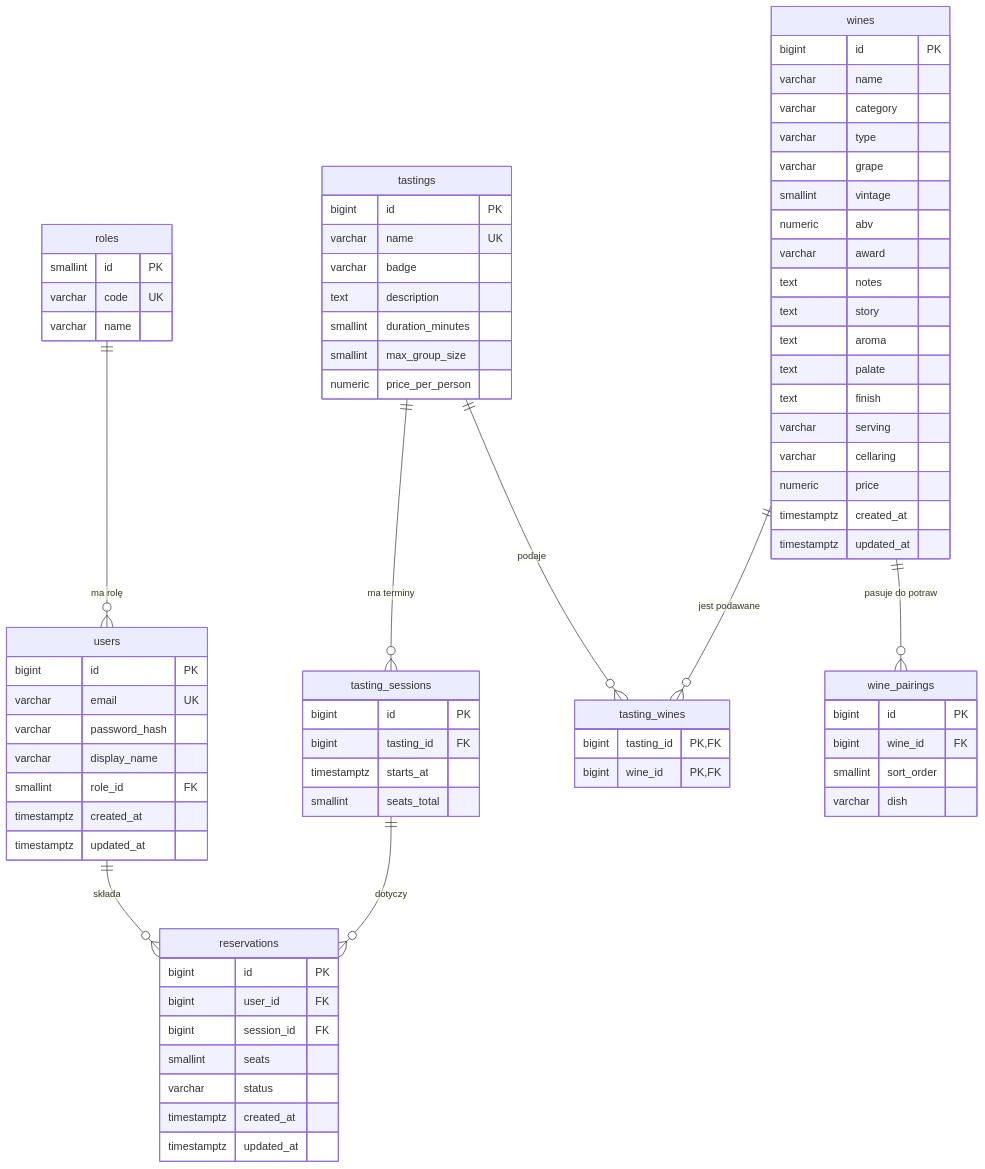
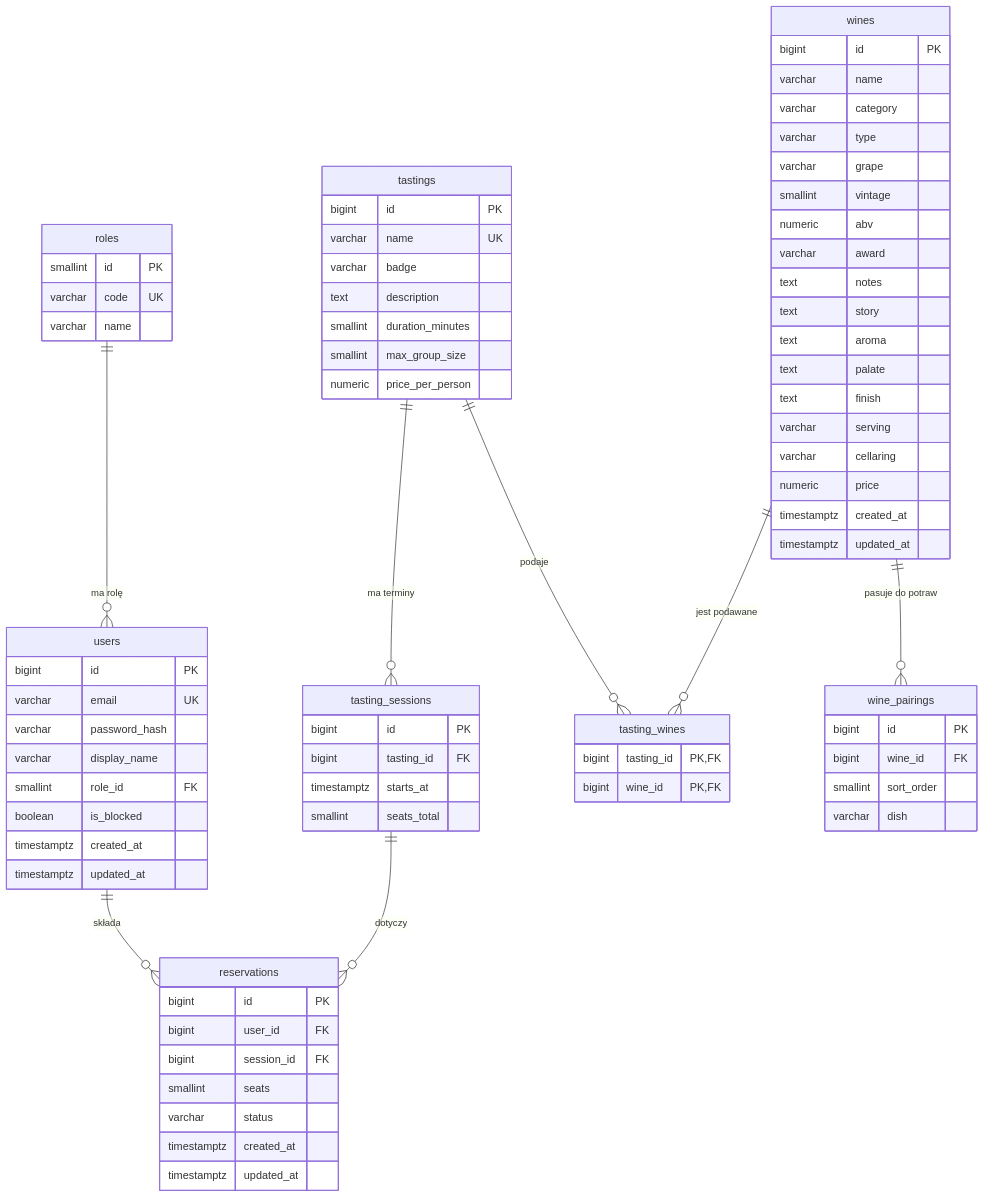
One commit to LMrosz/WdPAI changed the diagram in README.md. Above: the diagram before and after it, drawn with Mermaid. The commit also changed other lines of this file and 1 other file, not shown here.

````diff
--- a/README.md
+++ b/README.md
@@ -61,79 +66,80 @@
 ```mermaid
 erDiagram
     roles ||--o{ users : "ma rolę"
     users ||--o{ reservations : "składa"
     tastings ||--o{ tasting_sessions : "ma terminy"
     tasting_sessions ||--o{ reservations : "dotyczy"
     tastings ||--o{ tasting_wines : "podaje"
     wines ||--o{ tasting_wines : "jest podawane"
     wines ||--o{ wine_pairings : "pasuje do potraw"
 
     roles {
         smallint id PK
         varchar code UK
         varchar name
     }
     users {
         bigint id PK
         varchar email UK
         varchar password_hash
         varchar display_name
         smallint role_id FK
+        boolean is_blocked
         timestamptz created_at
         timestamptz updated_at
     }
     wines {
         bigint id PK
         varchar name
         varchar category
         varchar type
         varchar grape
         smallint vintage
         numeric abv
         varchar award
         text notes
         text story
         text aroma
         text palate
         text finish
         varchar serving
         varchar cellaring
         numeric price
         timestamptz created_at
         timestamptz updated_at
     }
     wine_pairings {
         bigint id PK
         bigint wine_id FK
         smallint sort_order
         varchar dish
     }
     tastings {
         bigint id PK
         varchar name UK
         varchar badge
         text description
         smallint duration_minutes
         smallint max_group_size
         numeric price_per_person
     }
     tasting_wines {
         bigint tasting_id PK, FK
         bigint wine_id PK, FK
     }
     tasting_sessions {
         bigint id PK
         bigint tasting_id FK
         timestamptz starts_at
         smallint seats_total
     }
     reservations {
         bigint id PK
         bigint user_id FK
         bigint session_id FK
         smallint seats
         varchar status
         timestamptz created_at
         timestamptz updated_at
     }
 ```
````
